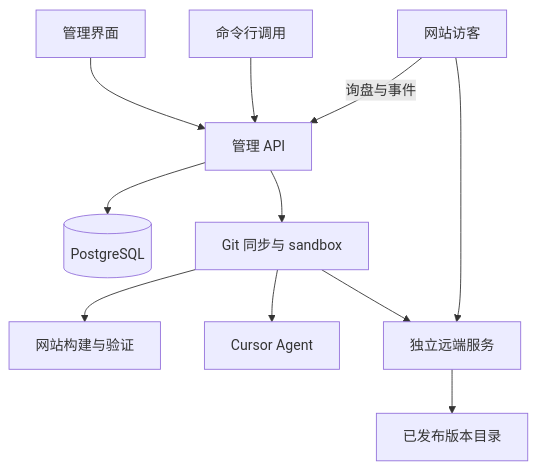
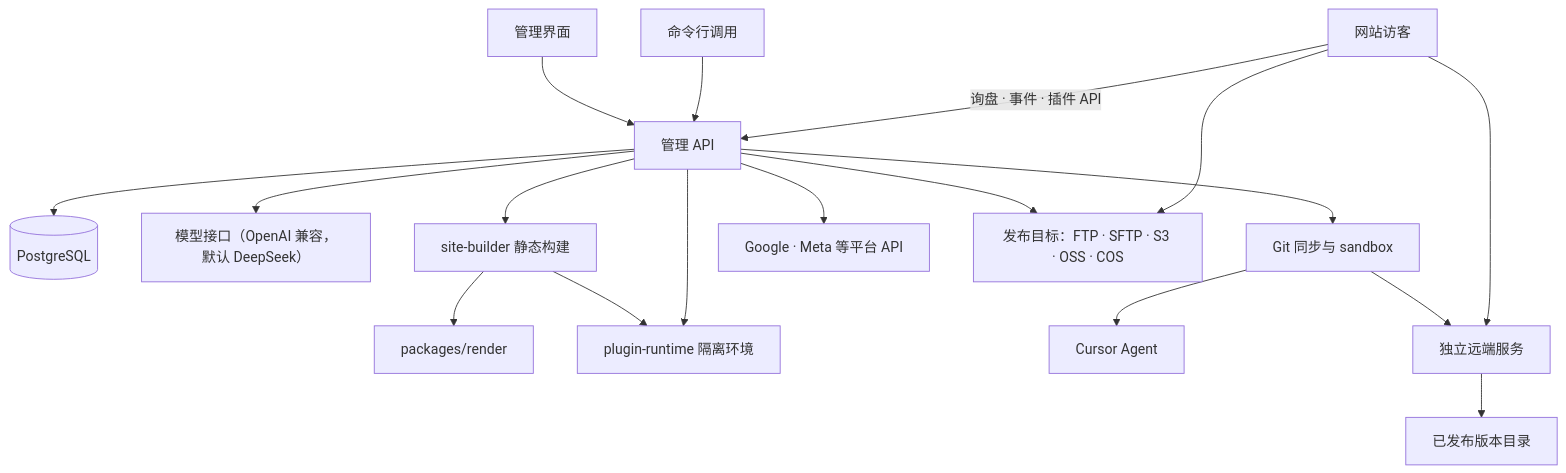
The diagram in docs/architecture.md (SeanLiangYoung/OLPS), drawn with Mermaid before and after one commit. The commit also changed other lines of this file and 24 other files, not shown here.

````diff
--- a/docs/architecture.md
+++ b/docs/architecture.md
@@ -11,13 +11,20 @@
 ```mermaid
 flowchart TB
   Admin[管理界面] --> API[管理 API]
   CLI[命令行调用] --> API
   API --> DB[(PostgreSQL)]
+  API --> AI[模型接口（OpenAI 兼容，默认 DeepSeek）]
   API --> Sync[Git 同步与 sandbox]
-  Sync --> Builder[网站构建与验证]
+  API --> Builder[site-builder 静态构建]
+  Builder --> Render[packages/render]
+  Builder --> PluginRuntime[plugin-runtime 隔离环境]
+  API --> PluginRuntime
+  API --> Platforms[Google · Meta 等平台 API]
+  API --> Targets[发布目标：FTP · SFTP · S3 · OSS · COS]
   Sync --> Agent[Cursor Agent]
   Sync --> Remote[独立远端服务]
   Remote --> Releases[已发布版本目录]
   Visitor[网站访客] --> Remote
-  Visitor -->|询盘与事件| API
+  Visitor --> Targets
+  Visitor -->|询盘 · 事件 · 插件 API| API
 ```
````
